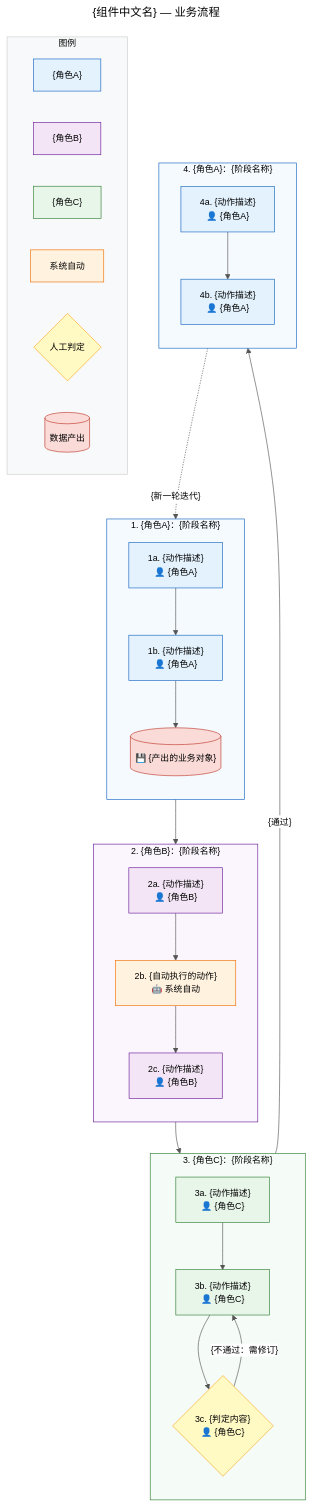
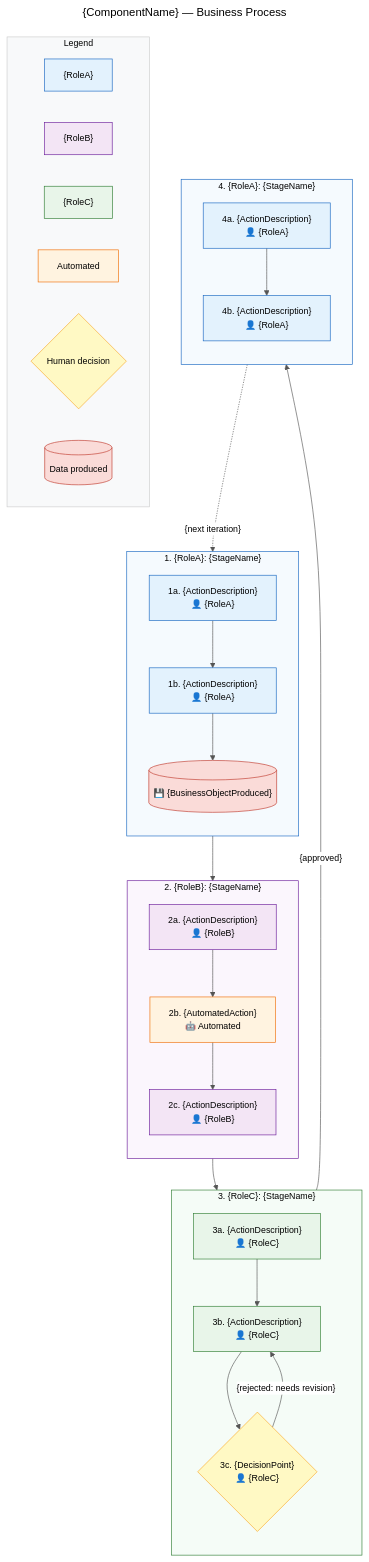
One commit to AliveverCom/ProjectTemplate_DesignDriven changed the diagram in mermaid/_business_process.mmd. Above: the diagram before and after it, drawn with Mermaid. The commit also changed 7 other files, not shown here.

First line of the commit message:
i18n: translate README and the mermaid template set to English

```diff
--- a/mermaid/_business_process.mmd
+++ b/mermaid/_business_process.mmd
@@ -1,106 +1,108 @@
 ---
-title: "{组件中文名} — 业务流程"
+title: "{ComponentName} — Business Process"
 ---
-%% ===== 模板说明（使用时整块删除）=====
-%% 图表用途：业务流程图。按「角色」分组着色，展示端到端业务流转、分支与回路。
-%% 存放目录：组件级 → docs/components/{component_code_name}/
-%%           平台级 → docs/
-%% 文件命名：{component_code_name}_business_process.mmd（平台级为 business_process.mmd）
-%%           PNG 与 .mmd 同名同目录。
-%% 渲染命令：mmdc -i {component_code_name}_business_process.mmd \
-%%                -o {component_code_name}_business_process.png -b white -s 3
-%% 引用位置：{component}_business_desc.md §4.1 Process Diagram
-%% 样式规范：见 templates/mermaid/mmd_style_guide.md
-%%           ① 白色画布 ② 方框按角色归类着浅色 ③ 全部文字为黑色
-%% 注意事项：YAML front-matter（--- title ---）必须位于文件最开头，其前不得有任何内容。
-%% 使用提示：所有 {花括号} 占位符必须替换；节点 ID（A1/B1/...）可改名，
-%%           但每个节点必须保留 :::xxxCls 归类。
-%% ======================================
+%% ===== TEMPLATE NOTES (delete this whole block when using) =====
+%% Purpose:    Business process diagram. Nodes are grouped and coloured by ROLE, showing the
+%%             end-to-end business flow including branches and loops.
+%% Location:   component level -> docs/components/{component_code_name}/
+%%             platform level  -> docs/
+%% File name:  {component_code_name}_business_process.mmd (platform level: business_process.mmd)
+%%             The PNG shares the same name and directory as the .mmd.
+%% Render:     mmdc -i {component_code_name}_business_process.mmd \
+%%                  -o {component_code_name}_business_process.png -b white -s 3
+%% Referenced: {component}_business_desc.md §4.1 Process Diagram
+%% Style spec: see templates/mermaid/mmd_style_guide.md
+%%             (1) white canvas  (2) boxes coloured by role with light fills  (3) all text black
+%% Caution:    The YAML front matter (--- title ---) MUST be the very first thing in the file;
+%%             nothing may precede it.
+%% Usage:      Replace every {curly brace} placeholder. Node IDs (A1/B1/...) may be renamed, but
+%%             every node must keep its :::xxxCls classification.
+%% ===============================================================
 %%{init: {
   "theme": "base",
   "themeVariables": {
     "background": "#FFFFFF",
     "primaryColor": "#E3F2FD",
     "primaryTextColor": "#000000",
     "primaryBorderColor": "#1565C0",
     "secondaryColor": "#E8F5E9",
     "tertiaryColor": "#FFF9C4",
     "lineColor": "#555555",
     "textColor": "#000000",
     "titleColor": "#000000",
     "clusterBkg": "#FAFAFA",
     "clusterBorder": "#CCCCCC",
     "edgeLabelBackground": "#FFFFFF",
     "fontFamily": "Arial, sans-serif",
     "fontSize": "14px"
   }
 }}%%
 graph TD
 
-    %% ========== 分类样式定义（每类一个浅色系背景，文字一律黑色）==========
+    %% ========== Category styles (one light fill per category; text is always black) ==========
     classDef roleACls    fill:#E3F2FD,stroke:#1565C0,color:#000000
     classDef roleBCls    fill:#F3E5F5,stroke:#6A1B9A,color:#000000
     classDef roleCCls    fill:#E8F5E9,stroke:#2E7D32,color:#000000
     classDef systemCls   fill:#FFF3E0,stroke:#EF6C00,color:#000000
     classDef decisionCls fill:#FFF9C4,stroke:#F9A825,color:#000000
     classDef dataCls     fill:#FADBD8,stroke:#C0392B,color:#000000
 
-    %% ========== 步骤 1：{角色A} — {阶段名称} ==========
-    subgraph step1["1. {角色A}：{阶段名称}"]
+    %% ========== Step 1: {RoleA} — {StageName} ==========
+    subgraph step1["1. {RoleA}: {StageName}"]
         direction TB
-        A1["1a. {动作描述}<br/>👤 {角色A}"]:::roleACls
-        A2["1b. {动作描述}<br/>👤 {角色A}"]:::roleACls
-        A3[("💾 {产出的业务对象}")]:::dataCls
+        A1["1a. {ActionDescription}<br/>👤 {RoleA}"]:::roleACls
+        A2["1b. {ActionDescription}<br/>👤 {RoleA}"]:::roleACls
+        A3[("💾 {BusinessObjectProduced}")]:::dataCls
         A1 --> A2 --> A3
     end
 
-    %% ========== 步骤 2：{角色B} — {阶段名称} ==========
-    subgraph step2["2. {角色B}：{阶段名称}"]
+    %% ========== Step 2: {RoleB} — {StageName} ==========
+    subgraph step2["2. {RoleB}: {StageName}"]
         direction TB
-        B1["2a. {动作描述}<br/>👤 {角色B}"]:::roleBCls
-        B2["2b. {自动执行的动作}<br/>🤖 系统自动"]:::systemCls
-        B3["2c. {动作描述}<br/>👤 {角色B}"]:::roleBCls
+        B1["2a. {ActionDescription}<br/>👤 {RoleB}"]:::roleBCls
+        B2["2b. {AutomatedAction}<br/>🤖 Automated"]:::systemCls
+        B3["2c. {ActionDescription}<br/>👤 {RoleB}"]:::roleBCls
         B1 --> B2 --> B3
     end
 
-    %% ========== 步骤 3：{角色C} — {阶段名称} ==========
-    subgraph step3["3. {角色C}：{阶段名称}"]
+    %% ========== Step 3: {RoleC} — {StageName} ==========
+    subgraph step3["3. {RoleC}: {StageName}"]
         direction TB
-        C1["3a. {动作描述}<br/>👤 {角色C}"]:::roleCCls
-        C2["3b. {动作描述}<br/>👤 {角色C}"]:::roleCCls
-        C3{"3c. {判定内容}<br/>👤 {角色C}"}:::decisionCls
+        C1["3a. {ActionDescription}<br/>👤 {RoleC}"]:::roleCCls
+        C2["3b. {ActionDescription}<br/>👤 {RoleC}"]:::roleCCls
+        C3{"3c. {DecisionPoint}<br/>👤 {RoleC}"}:::decisionCls
         C1 --> C2 --> C3
-        C3 -->|"{不通过：需修订}"| C2
+        C3 -->|"{rejected: needs revision}"| C2
     end
 
-    %% ========== 步骤 4：{角色A} — {阶段名称} ==========
-    subgraph step4["4. {角色A}：{阶段名称}"]
+    %% ========== Step 4: {RoleA} — {StageName} ==========
+    subgraph step4["4. {RoleA}: {StageName}"]
         direction TB
-        D1["4a. {动作描述}<br/>👤 {角色A}"]:::roleACls
-        D2["4b. {动作描述}<br/>👤 {角色A}"]:::roleACls
+        D1["4a. {ActionDescription}<br/>👤 {RoleA}"]:::roleACls
+        D2["4b. {ActionDescription}<br/>👤 {RoleA}"]:::roleACls
         D1 --> D2
     end
 
-    %% ========== 图例 ==========
-    subgraph legend["图例"]
+    %% ========== Legend ==========
+    subgraph legend["Legend"]
         direction LR
-        LG1["{角色A}"]:::roleACls
-        LG2["{角色B}"]:::roleBCls
-        LG3["{角色C}"]:::roleCCls
-        LG4["系统自动"]:::systemCls
-        LG5{"人工判定"}:::decisionCls
-        LG6[("数据产出")]:::dataCls
+        LG1["{RoleA}"]:::roleACls
+        LG2["{RoleB}"]:::roleBCls
+        LG3["{RoleC}"]:::roleCCls
+        LG4["Automated"]:::systemCls
+        LG5{"Human decision"}:::decisionCls
+        LG6[("Data produced")]:::dataCls
     end
 
-    %% ========== 步骤间连接（节点到节点，保证严格纵向布局）==========
+    %% ========== Step-to-step links (node to node, to keep the layout strictly vertical) ==========
     A3 --> B1
     B3 --> C1
-    C3 -->|"{通过}"| D1
-    D2 -.->|"{新一轮迭代}"| A1
+    C3 -->|"{approved}"| D1
+    D2 -.->|"{next iteration}"| A1
 
-    %% ========== 容器底色（必须比节点更浅，且显式声明黑色文字）==========
+    %% ========== Container fills (lighter than the nodes; black text declared explicitly) ==========
     style step1  fill:#F5FAFE,stroke:#1565C0,color:#000
     style step2  fill:#FBF6FD,stroke:#6A1B9A,color:#000
     style step3  fill:#F5FCF7,stroke:#2E7D32,color:#000
     style step4  fill:#F5FAFE,stroke:#1565C0,color:#000
     style legend fill:#F8F9FA,stroke:#CCCCCC,color:#000
```
